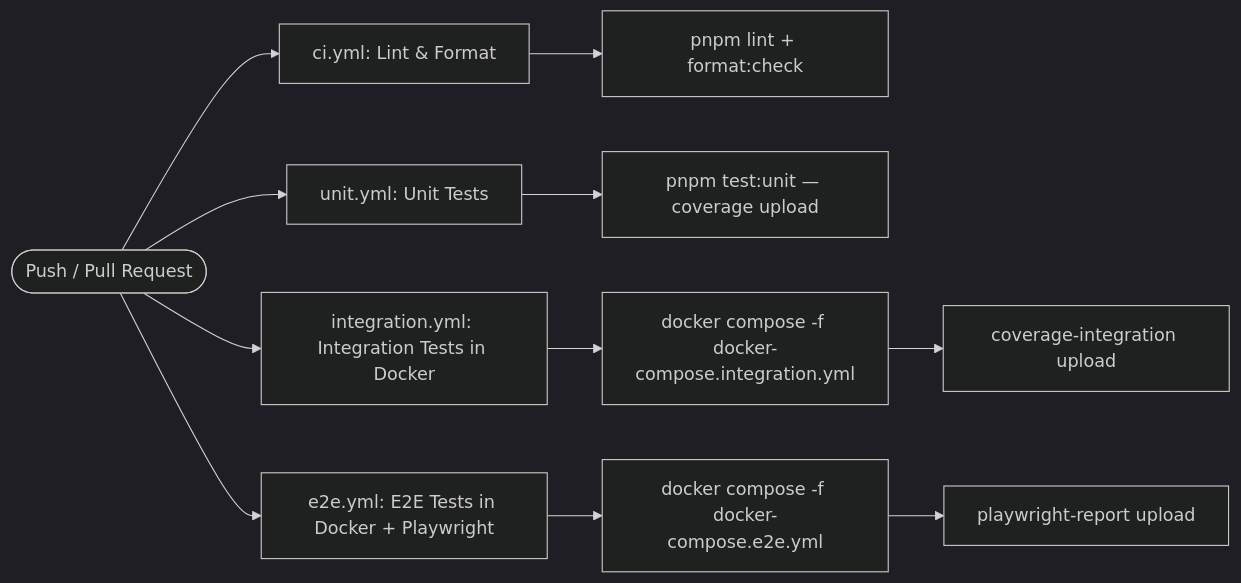
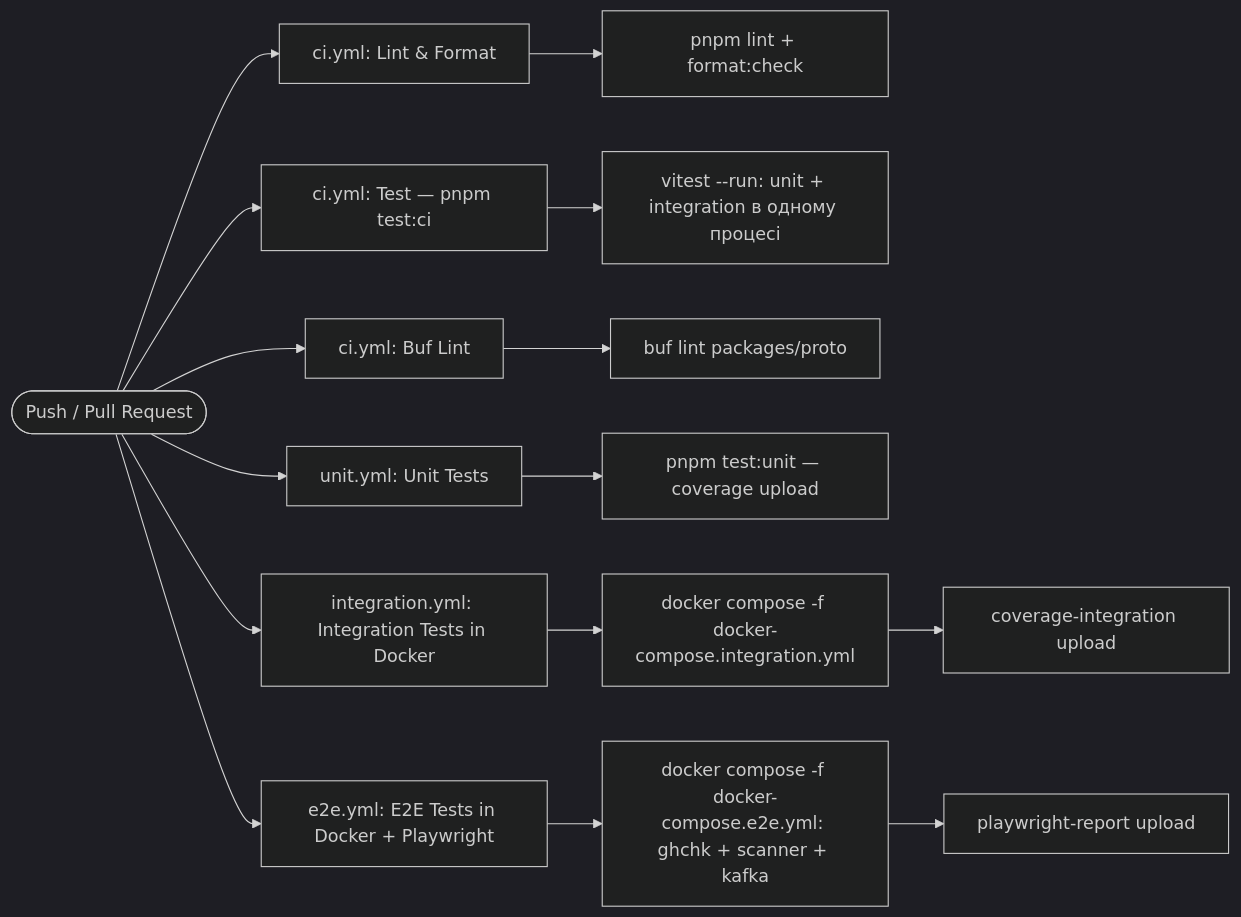
The tenth of 10 diagrams in docs/SYSTEM_DESIGN.md (GenesisEducationKyiv/software-engineering-school-6-0-Official-Echo), drawn with Mermaid (dark theme) before and after one commit. The commit also changed other lines of this file, not shown here.

````diff
--- a/docs/SYSTEM_DESIGN.md
+++ b/docs/SYSTEM_DESIGN.md
@@ -363,14 +384,18 @@
 ```mermaid
 flowchart LR
     PR([Push / Pull Request]) --> L[ci.yml: Lint & Format]
+    PR --> T[ci.yml: Test — pnpm test:ci]
+    PR --> BL[ci.yml: Buf Lint]
     PR --> U[unit.yml: Unit Tests]
     PR --> I[integration.yml: Integration Tests in Docker]
     PR --> E[e2e.yml: E2E Tests in Docker + Playwright]
 
     L --> L1[pnpm lint + format:check]
+    T --> T1[vitest --run: unit + integration в одному процесі]
+    BL --> BL1[buf lint packages/proto]
     U --> U1[pnpm test:unit — coverage upload]
     I --> I1[docker compose -f docker-compose.integration.yml]
     I1 --> I2[coverage-integration upload]
-    E --> E1[docker compose -f docker-compose.e2e.yml]
+    E --> E1[docker compose -f docker-compose.e2e.yml: ghchk + scanner + kafka]
     E1 --> E2[playwright-report upload]
 ```
````
